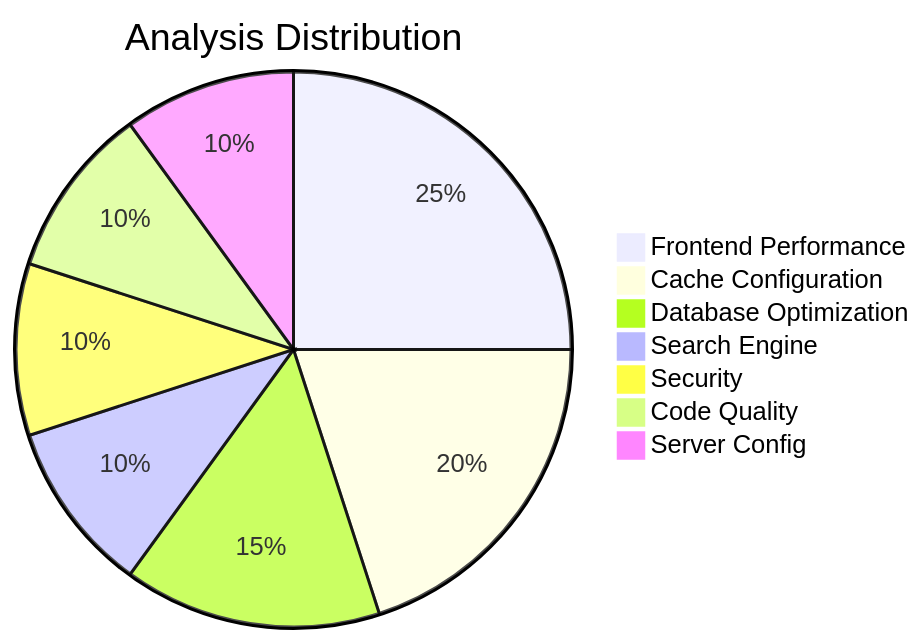
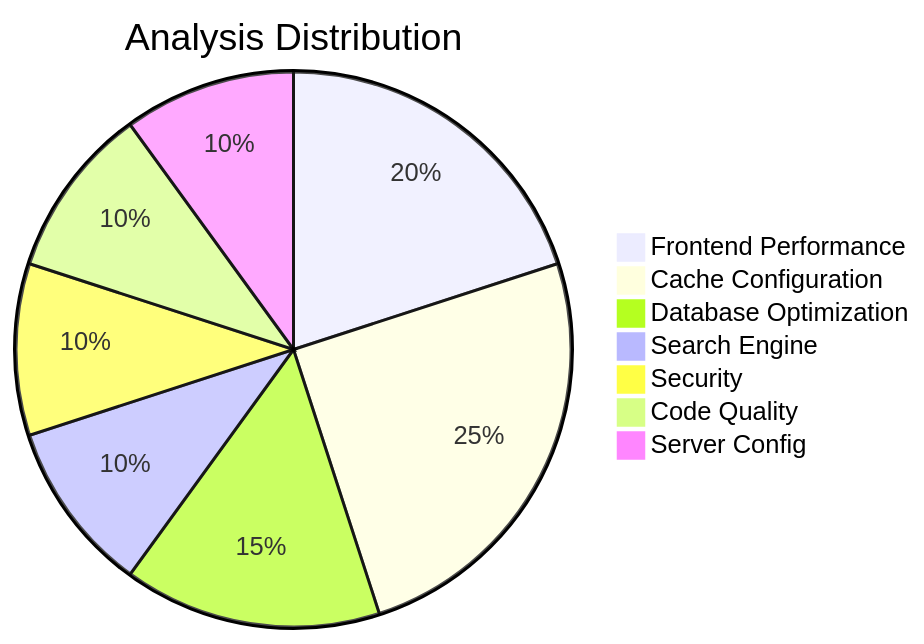
One commit to PiotrSiejczuk/m2-performance-review changed the diagram in README.md. Above: the diagram before and after it, drawn with Mermaid. The commit also changed other lines of this file and 2 other files, not shown here.

Commit message:
Magento 2 Performance Review Tool v1.0.2

````diff
--- a/README.md
+++ b/README.md
@@ -97,10 +108,10 @@
 ```mermaid
 pie title Analysis Distribution
-    "Frontend Performance" : 25
-    "Cache Configuration" : 20
+    "Frontend Performance" : 20
+    "Cache Configuration" : 25
     "Database Optimization" : 15
     "Search Engine" : 10
     "Security" : 10
     "Code Quality" : 10
     "Server Config" : 10
 ```
````
